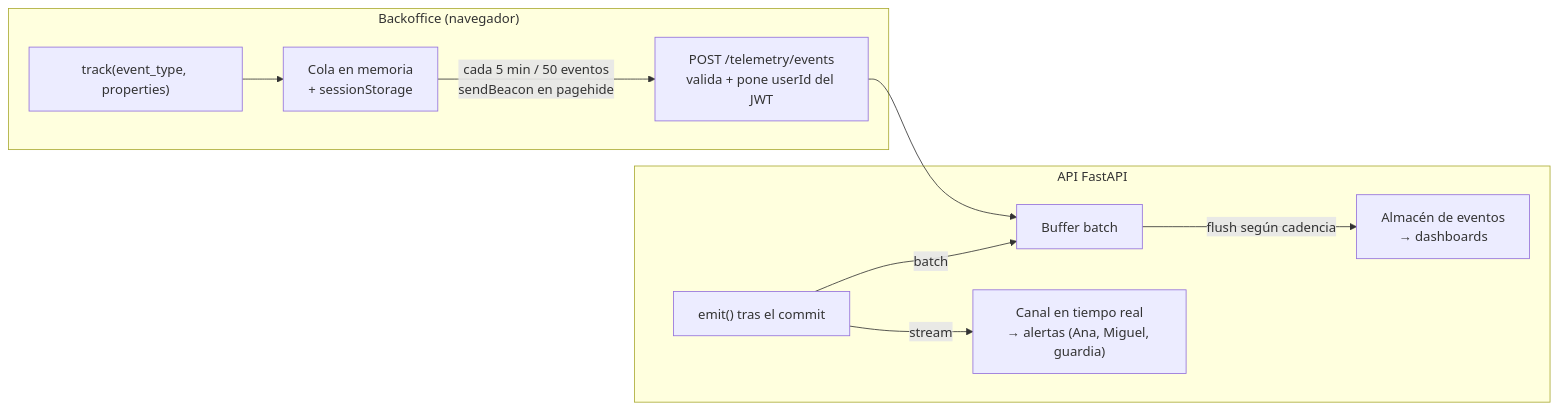
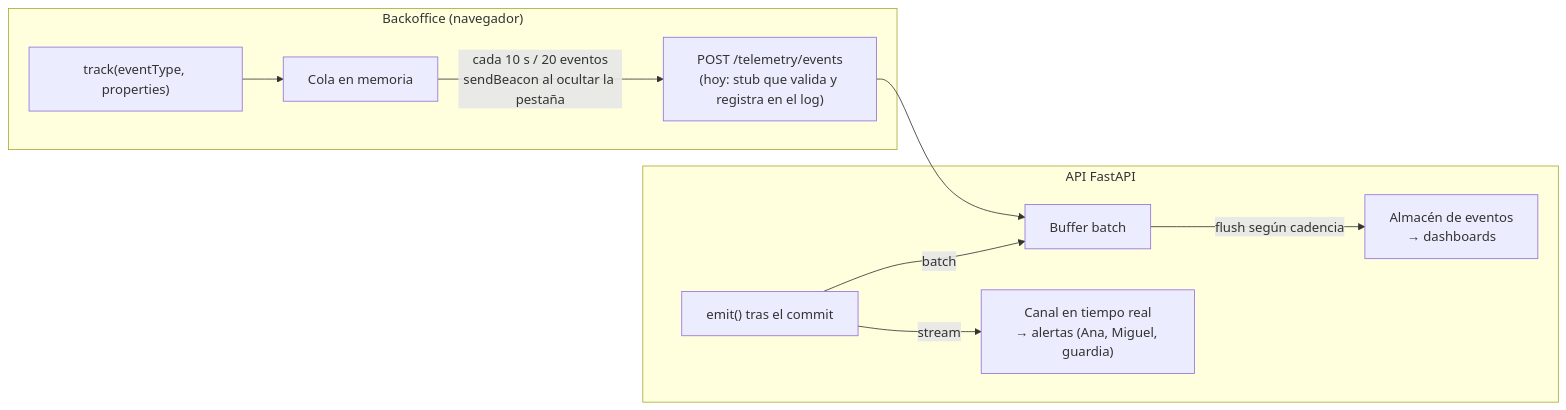
The second of 2 diagrams in TELEMETRY_PLAN.md (4GeeksAcademy/ai-engineering-company-project-Jose_Carlos), drawn with Mermaid before and after one commit. The commit also changed other lines of this file and 50 other files, not shown here.

````diff
--- a/TELEMETRY_PLAN.md
+++ b/TELEMETRY_PLAN.md
@@ -1080,15 +1106,15 @@
 ```mermaid
 flowchart LR
     subgraph Navegador["Backoffice (navegador)"]
-        T["track(event_type, properties)"] --> Q["Cola en memoria<br/>+ sessionStorage"]
-        Q -->|"cada 5 min / 50 eventos<br/>sendBeacon en pagehide"| ING
+        T["track(eventType, properties)"] --> Q["Cola en memoria"]
+        Q -->|"cada 10 s / 20 eventos<br/>sendBeacon al ocultar la pestaña"| ING
     end
     subgraph API["API FastAPI"]
-        ING["POST /telemetry/events<br/>valida + pone userId del JWT"] --> BUF
+        ING["POST /telemetry/events<br/>(hoy: stub que valida y registra en el log)"] --> BUF
         EMIT["emit() tras el commit"] -->|"stream"| SINK_S
         EMIT -->|"batch"| BUF["Buffer batch"]
         BUF -->|"flush según cadencia"| SINK_B
     end
     SINK_S["Canal en tiempo real<br/>→ alertas (Ana, Miguel, guardia)"]
     SINK_B["Almacén de eventos<br/>→ dashboards"]
 ```
````
